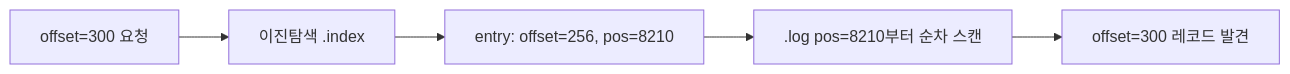
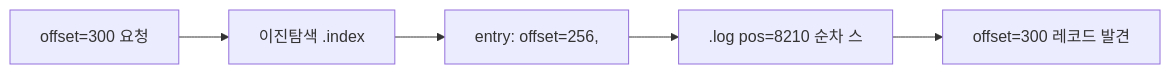
Before and after one commit to yjkim2015/yjkim2015.github.io: the first of 11 diagrams in _posts/kafka/2026-05-01-kafka-internals.md, drawn with Mermaid. The commit also changed other lines of this file and 245 other files, not shown here.

First line of the commit message:
Mermaid 다이어그램 전면 수정 + 면접 포인트 접기/펼치기 + DB 데드락 페이지

````diff
--- a/_posts/kafka/2026-05-01-kafka-internals.md
+++ b/_posts/kafka/2026-05-01-kafka-internals.md
@@ -93,7 +93,7 @@
 ```mermaid
 graph LR
     REQ["offset=300 요청"] --> BSEARCH["이진탐색 .index"]
-    BSEARCH --> FOUND["entry: offset=256, pos=8210"]
-    FOUND --> SCAN[".log pos=8210부터 순차 스캔"]
+    BSEARCH --> FOUND["entry: offset=256,"]
+    FOUND --> SCAN[".log pos=8210 순차 스"]
     SCAN --> MSG["offset=300 레코드 발견"]
 ```
````
